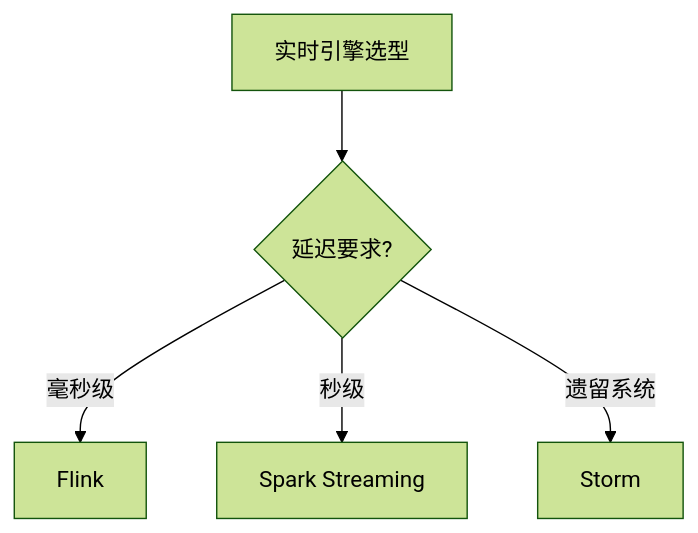
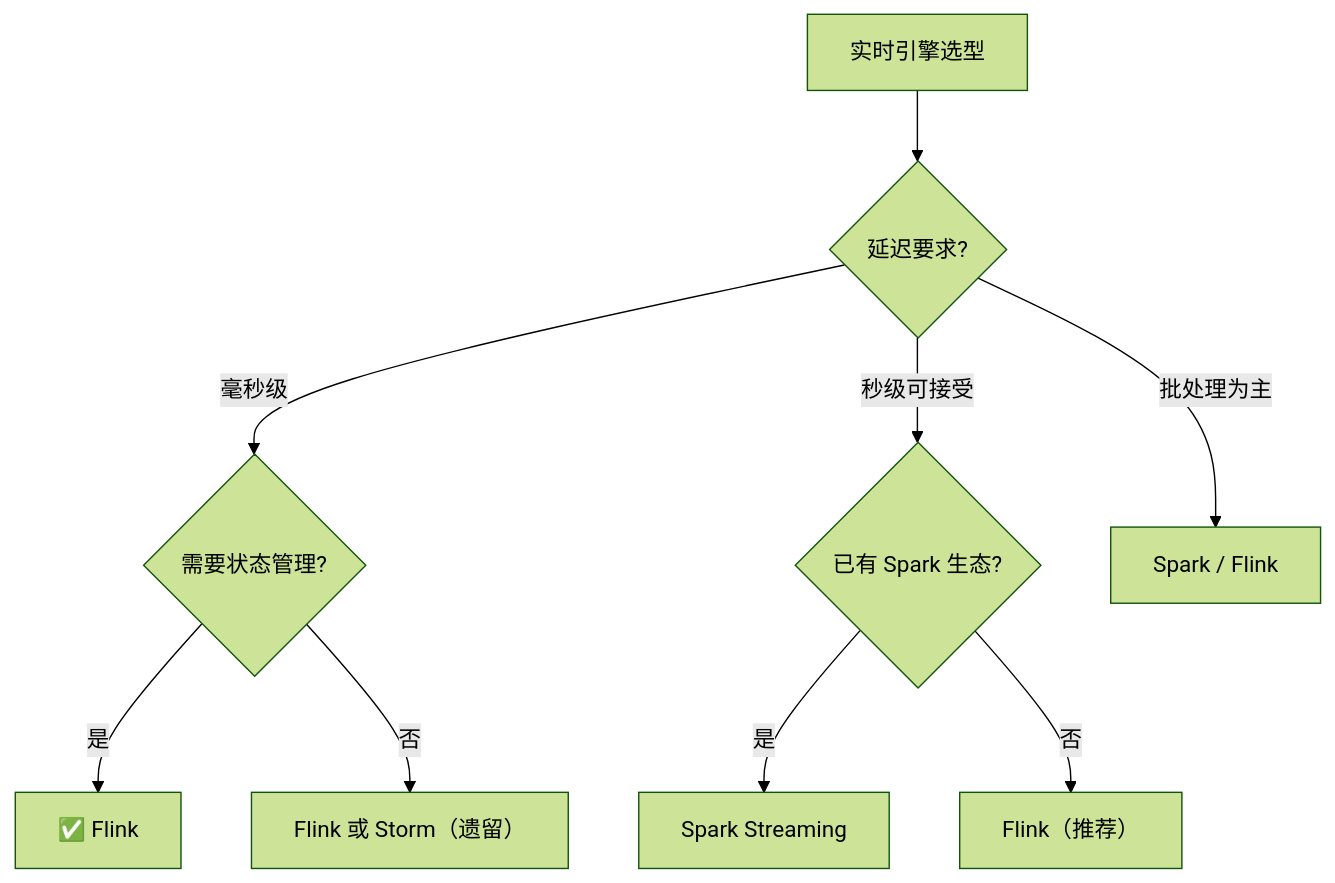
One commit to wb04307201/wb04307201 changed the second of 2 diagrams in note/10.big-data/03-realtime-compute/README.md. Above: the diagram before and after it, drawn with Mermaid (forest theme). The commit also changed other lines of this file and 120 other files, not shown here.

````diff
--- a/note/10.big-data/03-realtime-compute/README.md
+++ b/note/10.big-data/03-realtime-compute/README.md
@@ -32,7 +115,11 @@
 ```mermaid
 flowchart TD
     A[实时引擎选型] --> B{延迟要求?}
-    B -->|毫秒级| C[Flink]
-    B -->|秒级| D[Spark Streaming]
-    B -->|遗留系统| E[Storm]
+    B -->|毫秒级| C{需要状态管理?}
+    C -->|是| D["✅ Flink"]
+    C -->|否| E["Flink 或 Storm（遗留）"]
+    B -->|秒级可接受| F{已有 Spark 生态?}
+    F -->|是| G["Spark Streaming"]
+    F -->|否| H["Flink（推荐）"]
+    B -->|批处理为主| I["Spark / Flink"]
 ```
````
